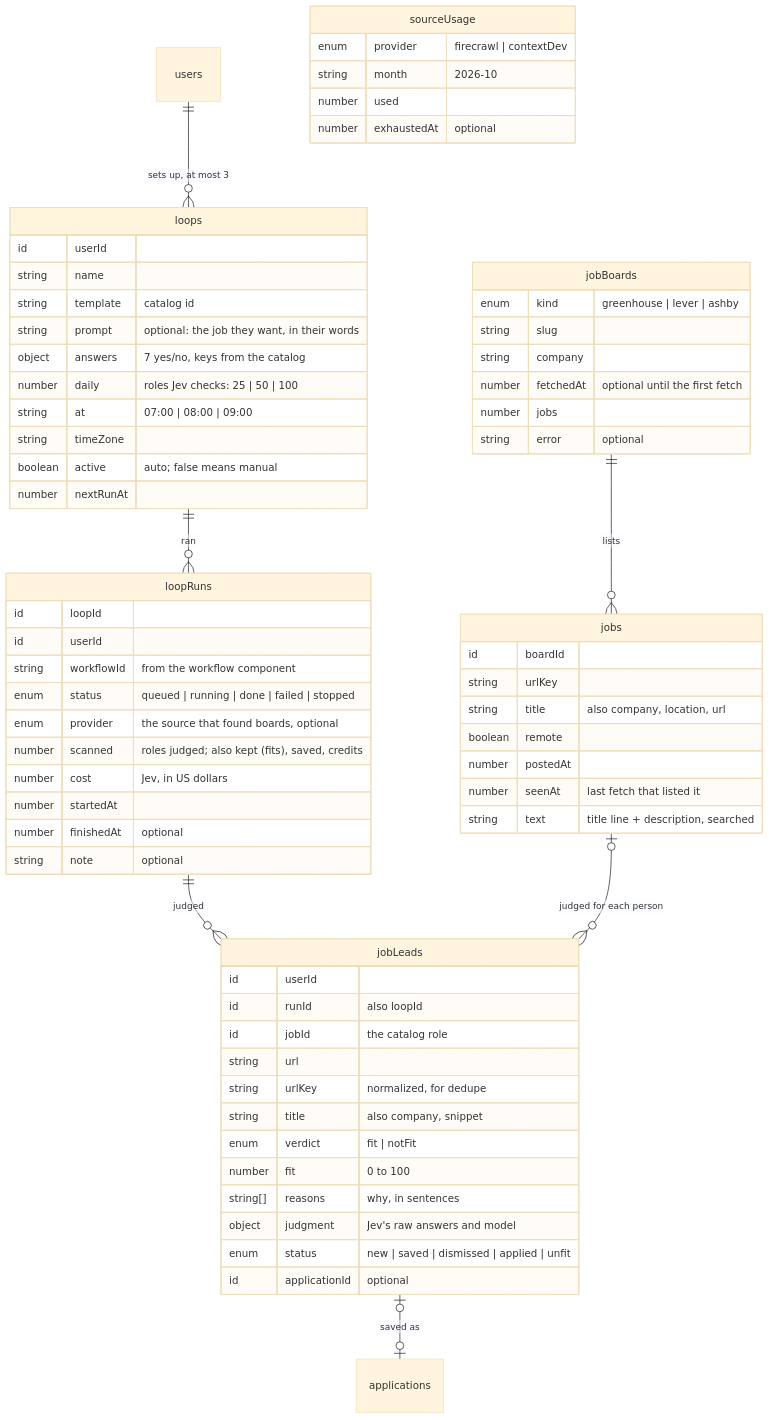
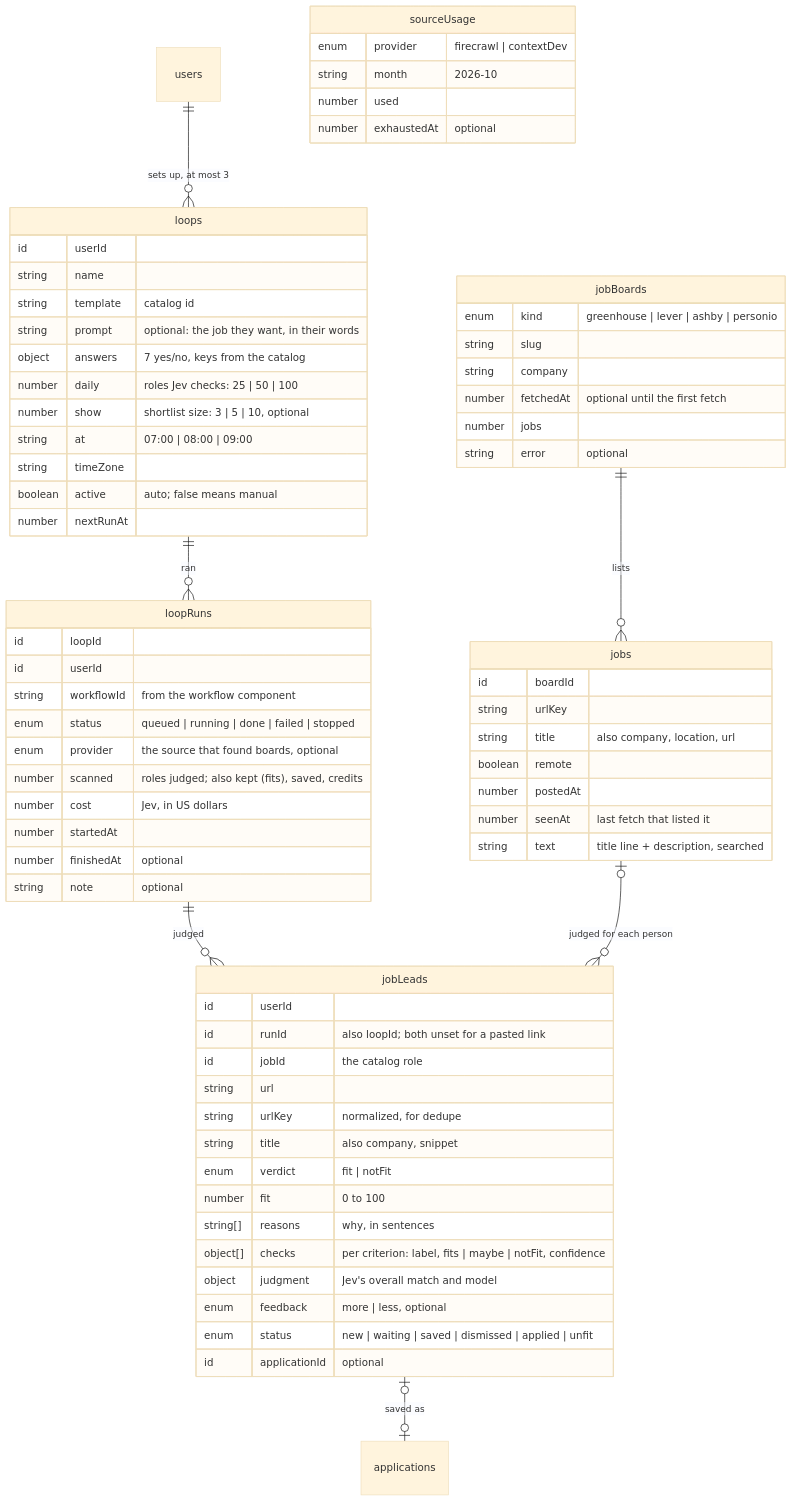
One commit to saranatour1/job-tracking-helper changed the seventh of 9 diagrams in docs/database-design.md. Above: the diagram before and after it, drawn with Mermaid (base theme). The commit also changed other lines of this file and 33 other files, not shown here.

First line of the commit message:
feat(loops): a short shortlist with a fit breakdown and morning decisions

````diff
--- a/docs/database-design.md
+++ b/docs/database-design.md
@@ -350,71 +352,74 @@
 ```mermaid
 erDiagram
     users ||--o{ loops : "sets up, at most 3"
     loops ||--o{ loopRuns : "ran"
     loopRuns ||--o{ jobLeads : "judged"
     jobBoards ||--o{ jobs : "lists"
     jobs |o--o{ jobLeads : "judged for each person"
     jobLeads |o--o| applications : "saved as"
 
     loops {
         id userId
         string name
         string template "catalog id"
         string prompt "optional: the job they want, in their words"
         object answers "7 yes/no, keys from the catalog"
         number daily "roles Jev checks: 25 | 50 | 100"
+        number show "shortlist size: 3 | 5 | 10, optional"
         string at "07:00 | 08:00 | 09:00"
         string timeZone
         boolean active "auto; false means manual"
         number nextRunAt
     }
     loopRuns {
         id loopId
         id userId
         string workflowId "from the workflow component"
         enum status "queued | running | done | failed | stopped"
         enum provider "the source that found boards, optional"
         number scanned "roles judged; also kept (fits), saved, credits"
         number cost "Jev, in US dollars"
         number startedAt
         number finishedAt "optional"
         string note "optional"
     }
     jobLeads {
         id userId
-        id runId "also loopId"
+        id runId "also loopId; both unset for a pasted link"
         id jobId "the catalog role"
         string url
         string urlKey "normalized, for dedupe"
         string title "also company, snippet"
         enum verdict "fit | notFit"
         number fit "0 to 100"
         string[] reasons "why, in sentences"
-        object judgment "Jev's raw answers and model"
-        enum status "new | saved | dismissed | applied | unfit"
+        object[] checks "per criterion: label, fits | maybe | notFit, confidence"
+        object judgment "Jev's overall match and model"
+        enum feedback "more | less, optional"
+        enum status "new | waiting | saved | dismissed | applied | unfit"
         id applicationId "optional"
     }
     jobs {
         id boardId
         string urlKey
         string title "also company, location, url"
         boolean remote
         number postedAt
         number seenAt "last fetch that listed it"
         string text "title line + description, searched"
     }
     jobBoards {
-        enum kind "greenhouse | lever | ashby"
+        enum kind "greenhouse | lever | ashby | personio"
         string slug
         string company
         number fetchedAt "optional until the first fetch"
         number jobs
         string error "optional"
     }
     sourceUsage {
         enum provider "firecrawl | contextDev"
         string month "2026-10"
         number used
         number exhaustedAt "optional"
     }
 ```
````
